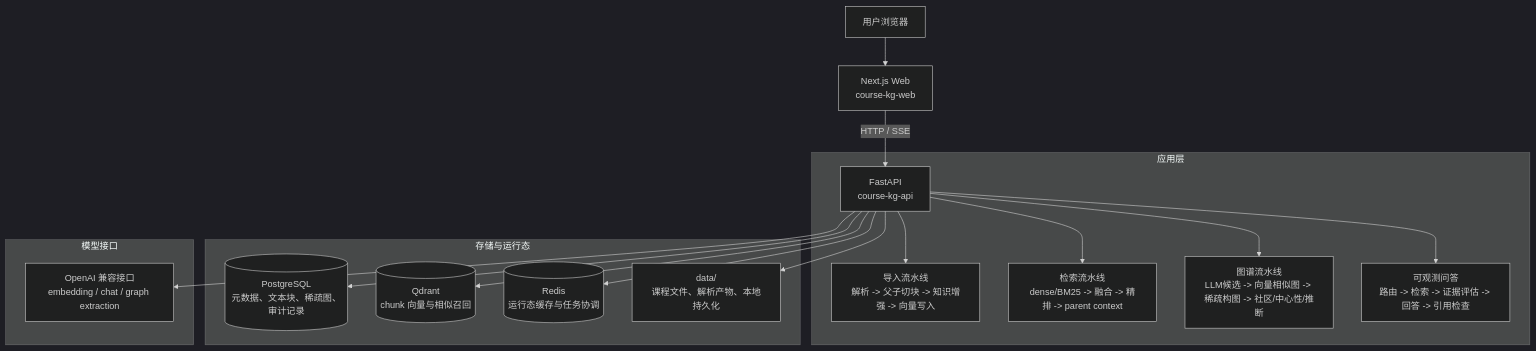
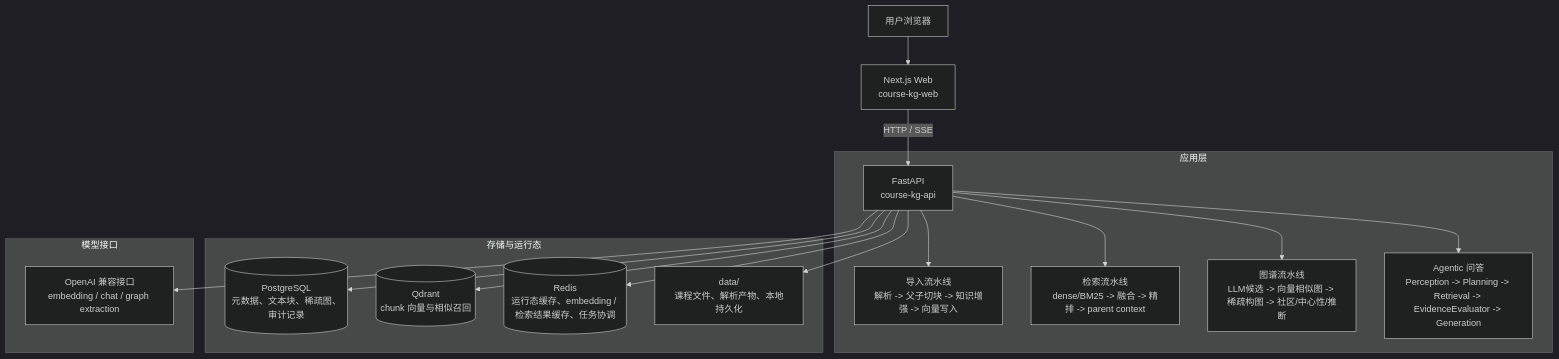
One commit to Sggggt/DialoGraph changed the first of 5 diagrams in README.md. Above: the diagram before and after it, drawn with Mermaid (dark theme). The commit also changed other lines of this file and 31 other files, not shown here.

````diff
--- a/README.md
+++ b/README.md
@@ -60,29 +62,29 @@
 ```mermaid
 flowchart TB
     USER["用户浏览器"] --> WEB["Next.js Web<br/>course-kg-web"]
     WEB -->|"HTTP / SSE"| API["FastAPI<br/>course-kg-api"]
 
     subgraph APP["应用层"]
         API --> INGEST["导入流水线<br/>解析 -> 父子切块 -> 知识增强 -> 向量写入"]
         API --> RETRIEVAL["检索流水线<br/>dense/BM25 -> 融合 -> 精排 -> parent context"]
         API --> GRAPH["图谱流水线<br/>LLM候选 -> 向量相似图 -> 稀疏构图 -> 社区/中心性/推断"]
-        API --> QA["可观测问答<br/>路由 -> 检索 -> 证据评估 -> 回答 -> 引用检查"]
+        API --> QA["Agentic 问答<br/>Perception -> Planning -> Retrieval -> EvidenceEvaluator -> Generation"]
     end
 
     subgraph STORE["存储与运行态"]
         PG[("PostgreSQL<br/>元数据、文本块、稀疏图、审计记录")]
         QD[("Qdrant<br/>chunk 向量与相似召回")]
-        RD[("Redis<br/>运行态缓存与任务协调")]
+        RD[("Redis<br/>运行态缓存、embedding / 检索结果缓存、任务协调")]
         FS["data/<br/>课程文件、解析产物、本地持久化"]
     end
 
     subgraph MODEL["模型接口"]
         LLM["OpenAI 兼容接口<br/>embedding / chat / graph extraction"]
     end
 
     API --> PG
     API --> QD
     API --> RD
     API --> FS
     API --> LLM
 ```
````
